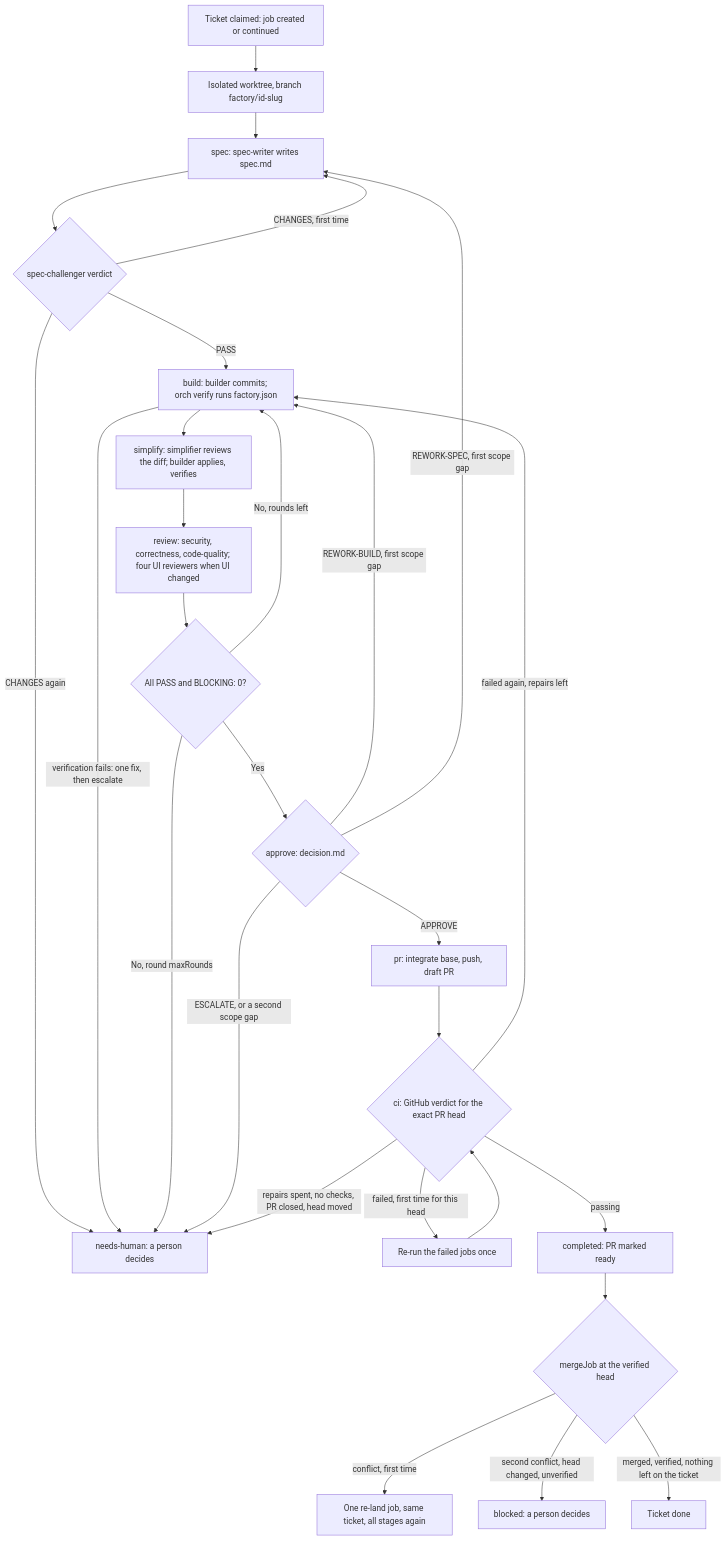
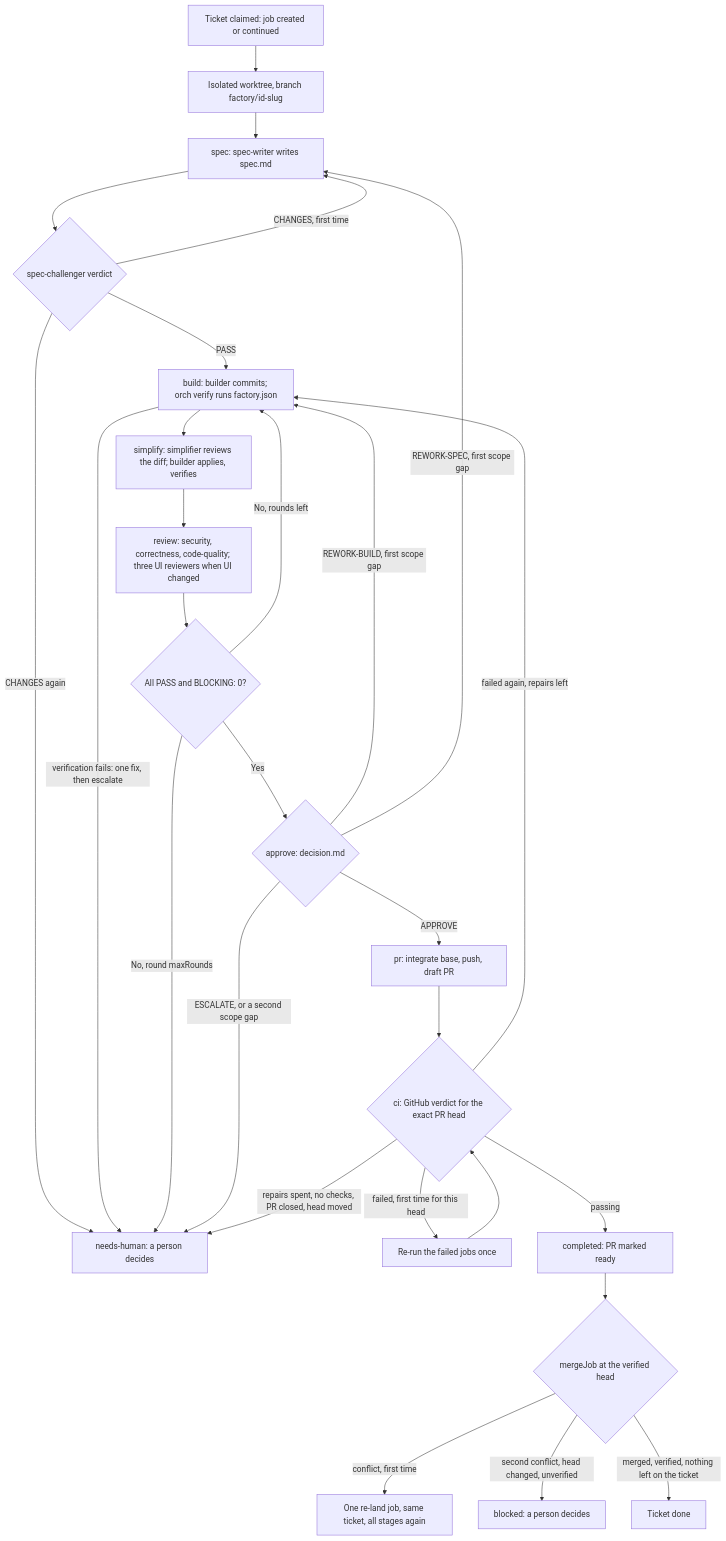
One commit to jonborchardt/orch changed the diagram in docs/workflow.md. Above: the diagram before and after it, drawn with Mermaid. The commit also changed other lines of this file and 9 other files, not shown here.

````diff
--- a/docs/workflow.md
+++ b/docs/workflow.md
@@ -70,30 +70,30 @@
 ```mermaid
 flowchart TD
     A["Ticket claimed: job created or continued"] --> W["Isolated worktree, branch factory/id-slug"]
     W --> S["spec: spec-writer writes spec.md"]
     S --> SC{"spec-challenger verdict"}
     SC -->|"CHANGES, first time"| S
     SC -->|"CHANGES again"| H["needs-human: a person decides"]
     SC -->|"PASS"| B["build: builder commits; orch verify runs factory.json"]
     B -->|"verification fails: one fix, then escalate"| H
     B --> SI["simplify: simplifier reviews the diff; builder applies, verifies"]
-    SI --> RV["review: security, correctness, code-quality; four UI reviewers when UI changed"]
+    SI --> RV["review: security, correctness, code-quality; three UI reviewers when UI changed"]
     RV --> RB{"All PASS and BLOCKING: 0?"}
     RB -->|"No, rounds left"| B
     RB -->|"No, round maxRounds"| H
     RB -->|"Yes"| AP{"approve: decision.md"}
     AP -->|"REWORK-BUILD, first scope gap"| B
     AP -->|"REWORK-SPEC, first scope gap"| S
     AP -->|"ESCALATE, or a second scope gap"| H
     AP -->|"APPROVE"| PR["pr: integrate base, push, draft PR"]
     PR --> CI{"ci: GitHub verdict for the exact PR head"}
     CI -->|"failed, first time for this head"| RR["Re-run the failed jobs once"]
     RR --> CI
     CI -->|"failed again, repairs left"| B
     CI -->|"repairs spent, no checks, PR closed, head moved"| H
     CI -->|"passing"| C["completed: PR marked ready"]
     C --> M{"mergeJob at the verified head"}
     M -->|"conflict, first time"| RL["One re-land job, same ticket, all stages again"]
     M -->|"second conflict, head changed, unverified"| BL["blocked: a person decides"]
     M -->|"merged, verified, nothing left on the ticket"| D["Ticket done"]
 ```
````
